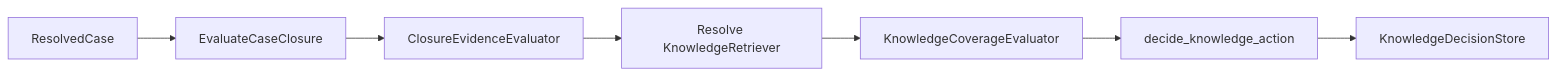
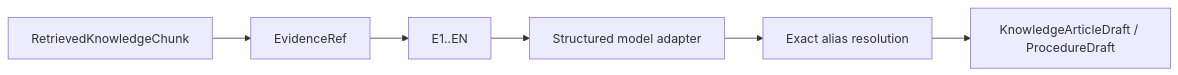
Before and after one commit to kumarchandansingh/tropos: the third of 3 diagrams in docs/architecture/CODEBASE_MAP.md, drawn with Mermaid. The commit also changed other lines of this file and 16 other files, not shown here.

First line of the commit message:
docs: reconcile Tropos product architecture and decision history (#69)

````diff
--- a/docs/architecture/CODEBASE_MAP.md
+++ b/docs/architecture/CODEBASE_MAP.md
@@ -140,10 +164,9 @@
 ```mermaid
 flowchart LR
-    Case[ResolvedCase]
-    --> UseCase[EvaluateCaseClosure]
-    --> Evidence[ClosureEvidenceEvaluator]
-    --> Retrieve[Resolve KnowledgeRetriever]
-    --> Coverage[KnowledgeCoverageEvaluator]
-    --> Policy[decide_knowledge_action]
-    --> Store[KnowledgeDecisionStore]
+    Result[RetrievedKnowledgeChunk]
+    --> Ref[EvidenceRef]
+    --> Alias[E1..EN]
+    --> Model[Structured model adapter]
+    --> Resolve[Exact alias resolution]
+    --> Artifact[KnowledgeArticleDraft / ProcedureDraft]
 ```
````
